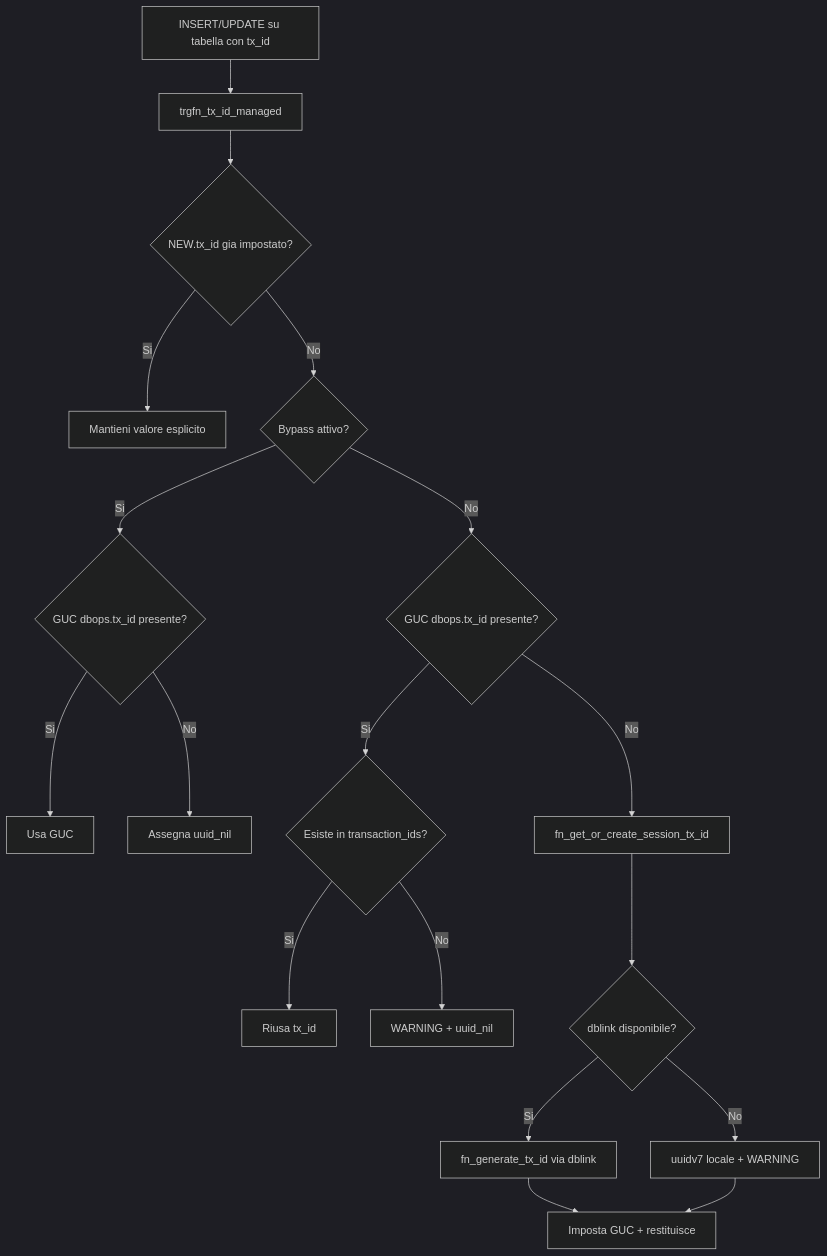
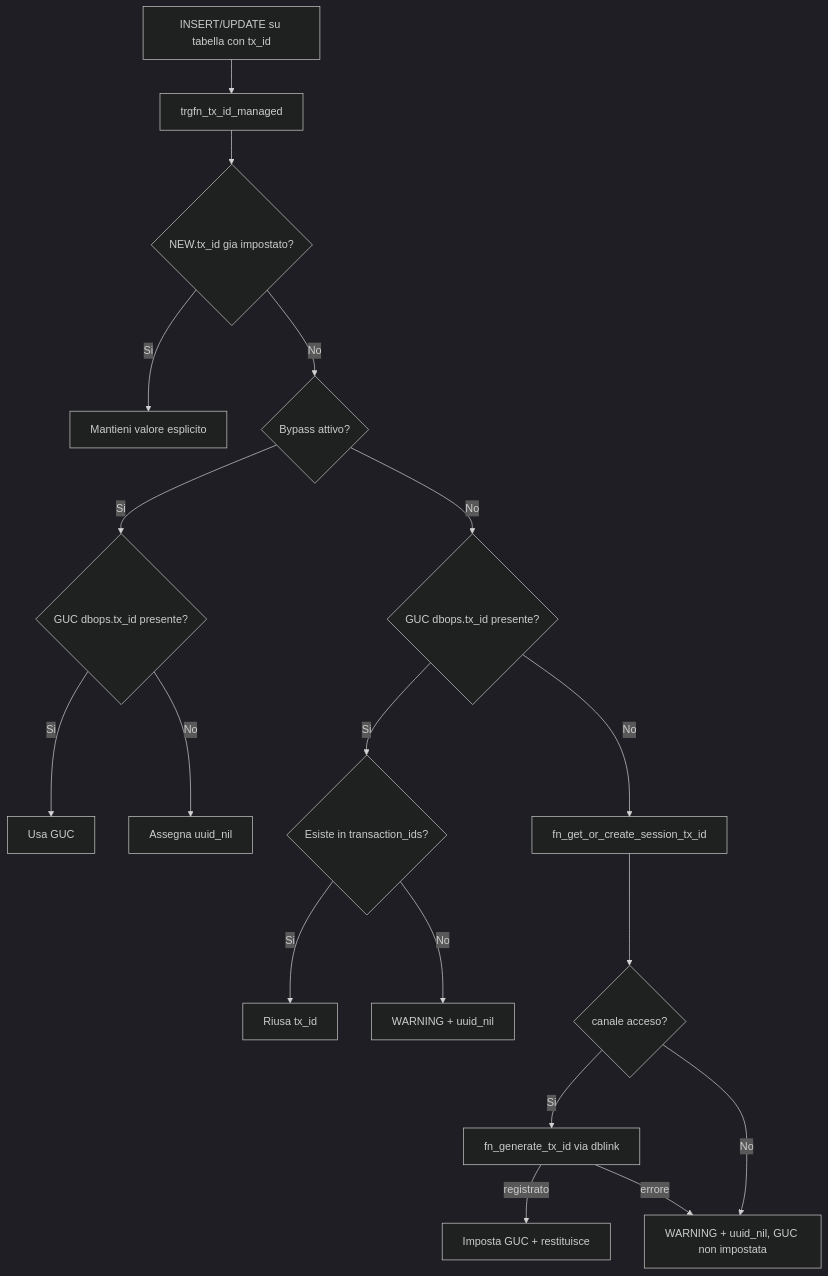
One commit to Tito-it/ZeroErp changed the first of 2 diagrams in docs/it/guide/tx_id_implementation_guide.md. Above: the diagram before and after it, drawn with Mermaid (dark theme). The commit also changed other lines of this file and 29 other files, not shown here.

````diff
--- a/docs/it/guide/tx_id_implementation_guide.md
+++ b/docs/it/guide/tx_id_implementation_guide.md
@@ -431,20 +434,20 @@
 ```mermaid
 flowchart TD
     A[INSERT/UPDATE su tabella con tx_id] --> B[trgfn_tx_id_managed]
     B --> C{NEW.tx_id gia impostato?}
     C -->|Si| Z[Mantieni valore esplicito]
     C -->|No| D{Bypass attivo?}
     D -->|Si| E{GUC dbops.tx_id presente?}
     E -->|Si| F[Usa GUC]
     E -->|No| G[Assegna uuid_nil]
     D -->|No| H{GUC dbops.tx_id presente?}
     H -->|Si| I{Esiste in transaction_ids?}
     I -->|Si| J[Riusa tx_id]
     I -->|No| K[WARNING + uuid_nil]
     H -->|No| L[fn_get_or_create_session_tx_id]
-    L --> M{dblink disponibile?}
+    L --> M{canale acceso?}
     M -->|Si| N[fn_generate_tx_id via dblink]
-    M -->|No| O[uuidv7 locale + WARNING]
-    N --> P[Imposta GUC + restituisce]
-    O --> P
+    M -->|No| O[WARNING + uuid_nil, GUC non impostata]
+    N -->|registrato| P[Imposta GUC + restituisce]
+    N -->|errore| O
 ```
````
